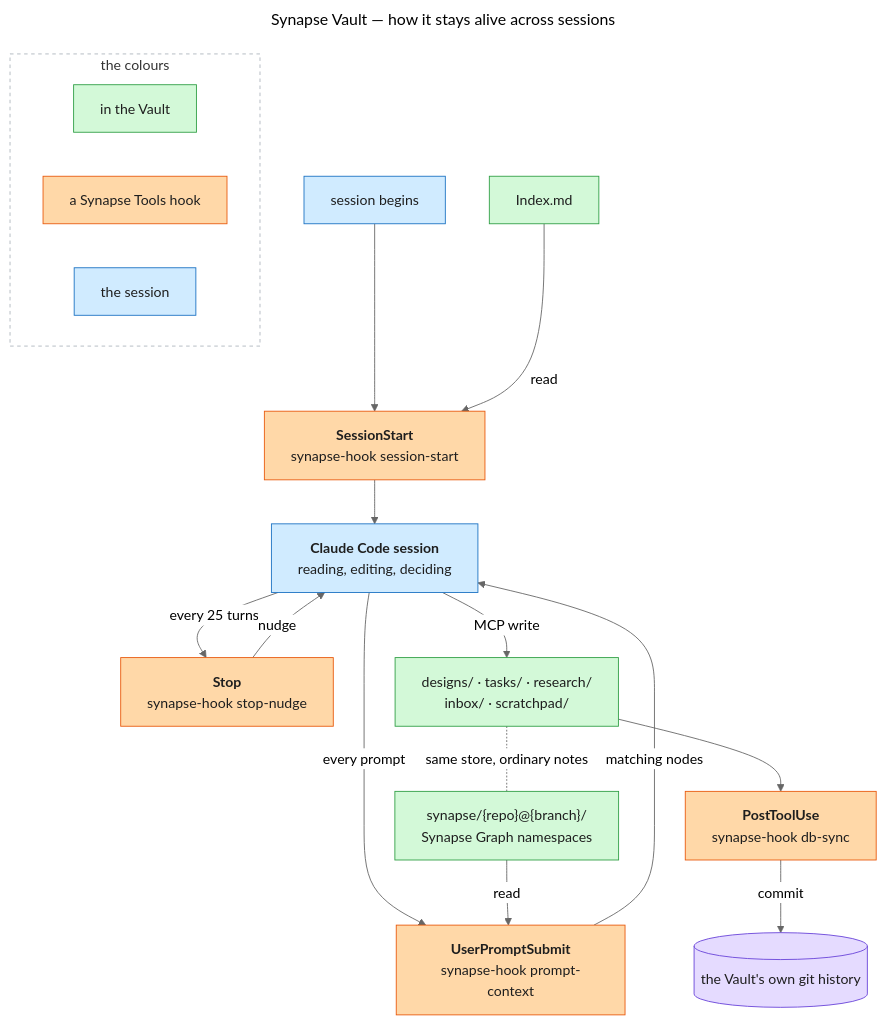
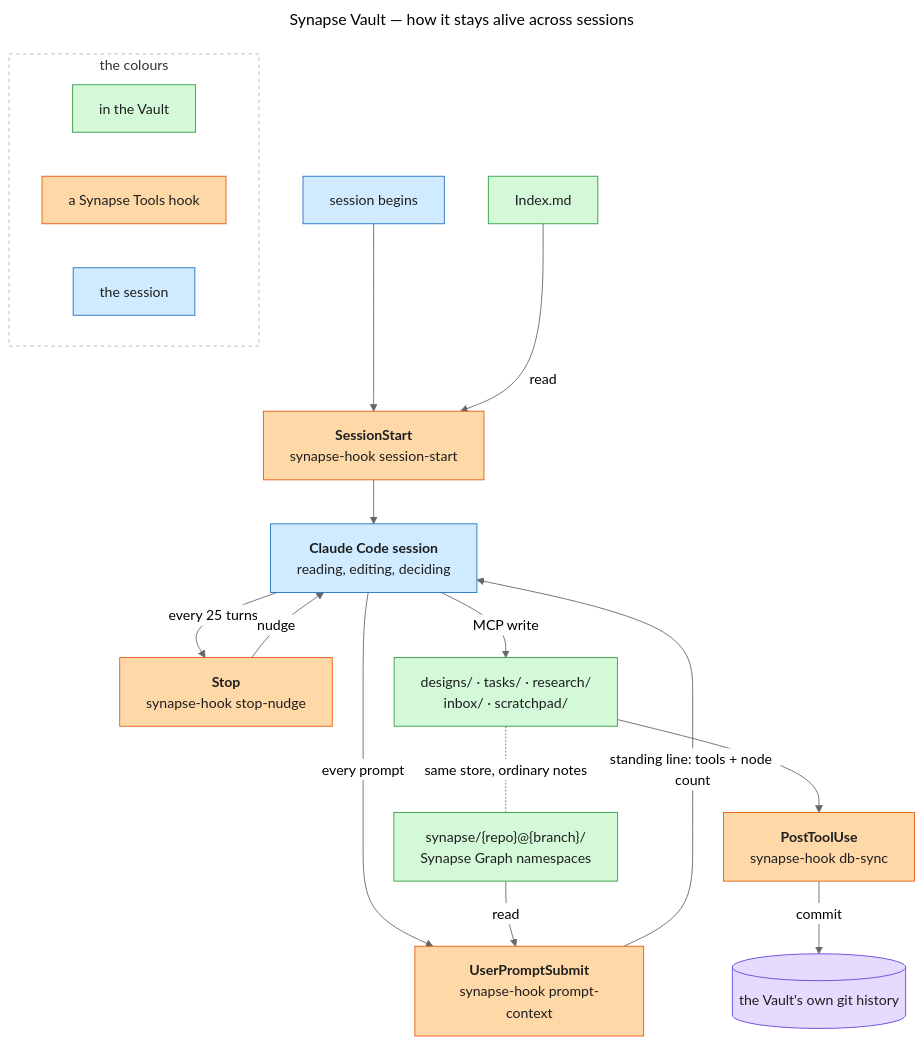
One commit to imunitic/synapse changed the diagram in docs/synapse/diagrams/synapse-vault-overview.mmd. Above: the diagram before and after it, drawn with Mermaid (neutral theme). The commit also changed 49 other files, not shown here.

```diff
--- a/docs/synapse/diagrams/synapse-vault-overview.mmd
+++ b/docs/synapse/diagrams/synapse-vault-overview.mmd
@@ -1,58 +1,58 @@
 ---
 title: Synapse Vault — how it stays alive across sessions
 ---
 %% Kept deliberately flat: NO subgraph for the Vault. Mermaid drew its cluster box
 %% around the hooks and the session too, which reads as "these live inside the
 %% Vault" -- false. Colour carries membership instead, and edge labels are held
 %% to two or three words. Long labels on crossing edges land on top of boxes.
 %% -- Boxes carry NAMES. What each hook actually does is in the reference table
 %% under this diagram in docs/synapse-vault.md: a rectangle holding five lines of
 %% mechanism is a paragraph in a box, unreadable at exactly the glance a diagram
 %% exists to serve.
 flowchart TB
     classDef hook fill:#ffd8a8,stroke:#e8590c,color:#1e1e1e
     classDef vault fill:#d3f9d8,stroke:#2f9e44,color:#1e1e1e
     classDef session fill:#d0ebff,stroke:#1971c2,color:#1e1e1e
     classDef store fill:#e5dbff,stroke:#6741d9,color:#1e1e1e
 
     BEGIN["session begins"]
     H1["<b>SessionStart</b><br/>synapse-hook session-start"]
     WORK["<b>Claude Code session</b><br/>reading, editing, deciding"]
     H2["<b>Stop</b><br/>synapse-hook stop-nudge"]
     H3["<b>PostToolUse</b><br/>synapse-hook db-sync"]
     H4["<b>UserPromptSubmit</b><br/>synapse-hook prompt-context"]
 
     IDX["Index.md"]
     FOLDERS["designs/ · tasks/ · research/<br/>inbox/ · scratchpad/"]
     SYN["synapse/{repo}@{branch}/<br/>Synapse Graph namespaces"]
     GIT[("the Vault's own git history")]
 
     BEGIN --> H1
     IDX -->|"read"| H1
     H1 --> WORK
     WORK -->|"every 25 turns"| H2
     H2 -->|"nudge"| WORK
     WORK -->|"every prompt"| H4
     SYN -->|"read"| H4
-    H4 -->|"matching nodes"| WORK
+    H4 -->|"standing line: tools + node count"| WORK
     WORK -->|"MCP write"| FOLDERS
     FOLDERS --> H3
     H3 -->|"commit"| GIT
 
     class H1,H2,H3,H4 hook
     class IDX,FOLDERS,SYN vault
     class BEGIN,WORK session
     class GIT store
 
     FOLDERS -.-|"same store, ordinary notes"| SYN
 
     subgraph KEY["the colours"]
         direction LR
         K1["in the Vault"]
         K2["a Synapse Tools hook"]
         K3["the session"]
     end
     class K1 vault
     class K2 hook
     class K3 session
     style KEY fill:#ffffff,stroke:#adb5bd,stroke-dasharray:4 4
```
